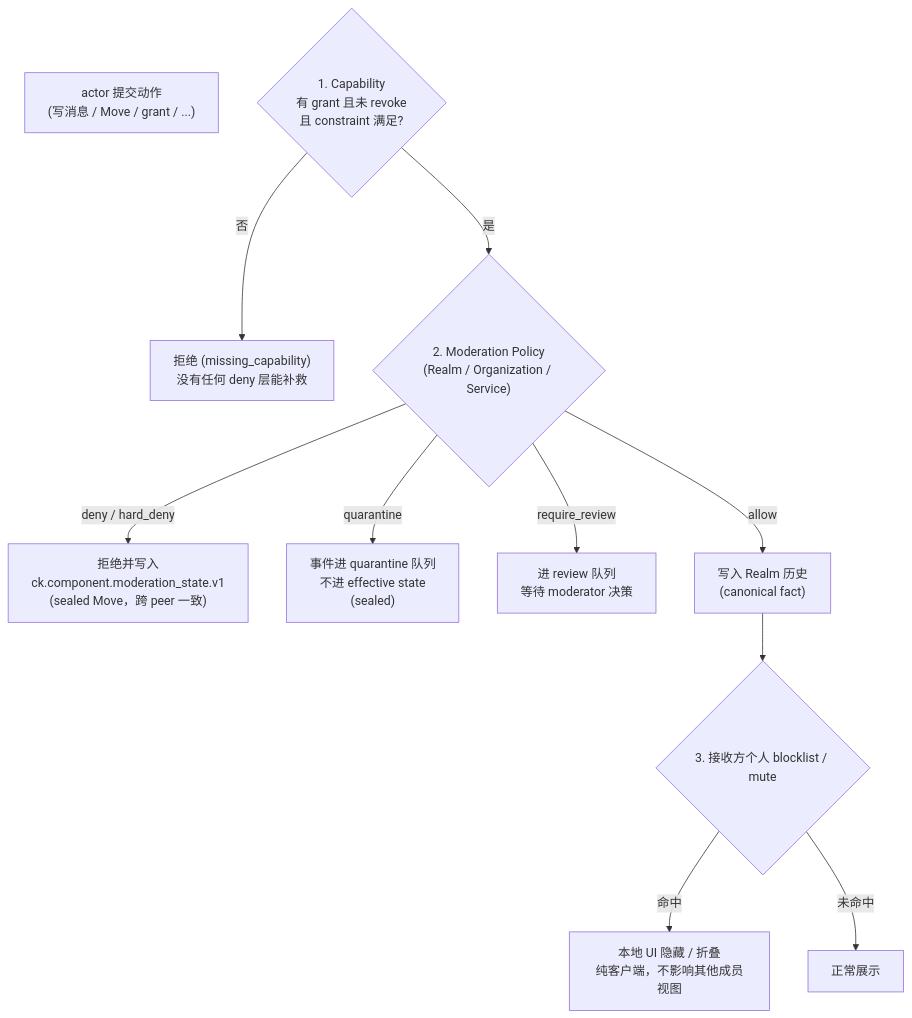
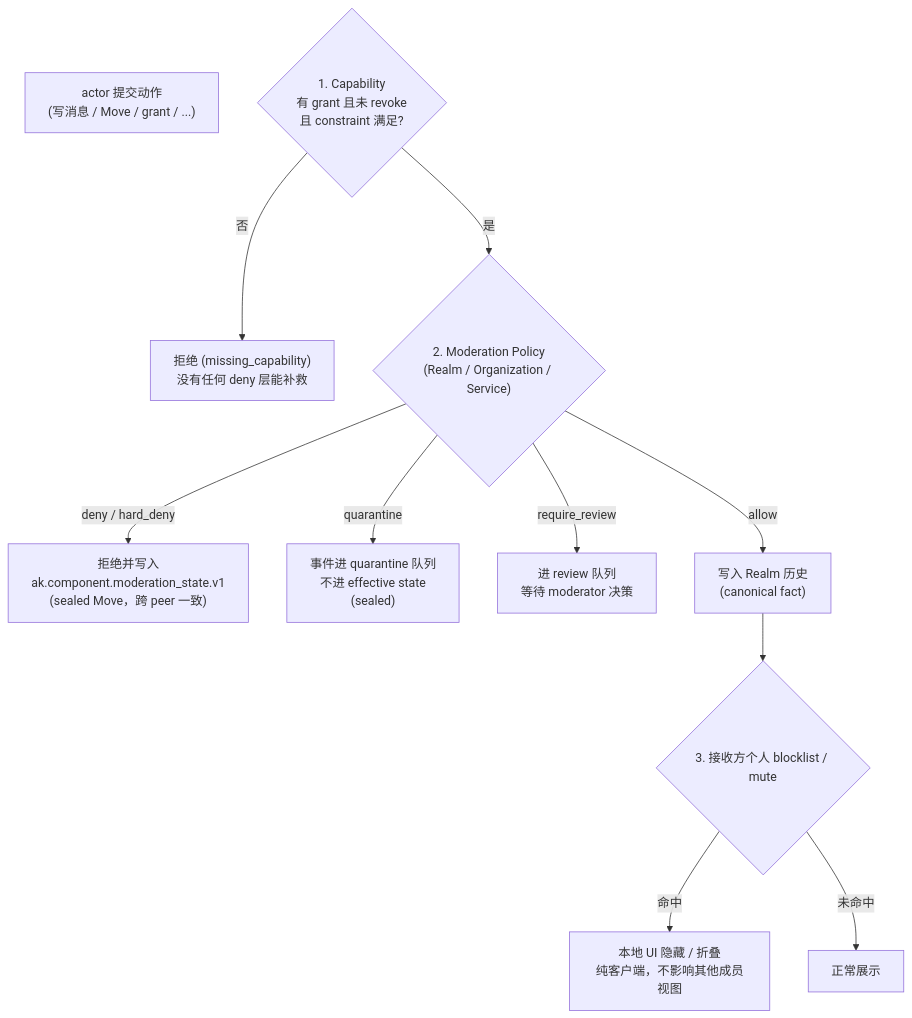
Before and after one commit to arkret-org/arkret-spec: the diagram in spec/v1/zh/governance/content-moderation.md, drawn with Mermaid. The commit also changed other lines of this file and 255 other files, not shown here.

````diff
--- a/spec/v1/zh/governance/content-moderation.md
+++ b/spec/v1/zh/governance/content-moderation.md
@@ -53,17 +53,17 @@
 ```mermaid
 flowchart TB
     Action["actor 提交动作<br>(写消息 / Move / grant / ...)"]
 
     Cap{"1. Capability<br>有 grant 且未 revoke<br>且 constraint 满足?"}
     Cap -- "否" --> DenyCap["拒绝 (missing_capability)<br>没有任何 deny 层能补救"]
     Cap -- "是" --> Mod{"2. Moderation Policy<br>(Realm / Organization / Service)"}
 
-    Mod -- "deny / hard_deny" --> DenyMod["拒绝并写入<br>ck.component.moderation_state.v1<br>(sealed Move，跨 peer 一致)"]
+    Mod -- "deny / hard_deny" --> DenyMod["拒绝并写入<br>ak.component.moderation_state.v1<br>(sealed Move，跨 peer 一致)"]
     Mod -- "quarantine" --> Quar["事件进 quarantine 队列<br>不进 effective state<br>(sealed)"]
     Mod -- "require_review" --> Rev["进 review 队列<br>等待 moderator 决策"]
     Mod -- "allow" --> Stored["写入 Realm 历史<br>(canonical fact)"]
 
     Stored --> View{"3. 接收方个人 blocklist / mute"}
     View -- "命中" --> Hidden["本地 UI 隐藏 / 折叠<br>纯客户端，不影响其他成员视图"]
     View -- "未命中" --> Show["正常展示"]
 ```
````
